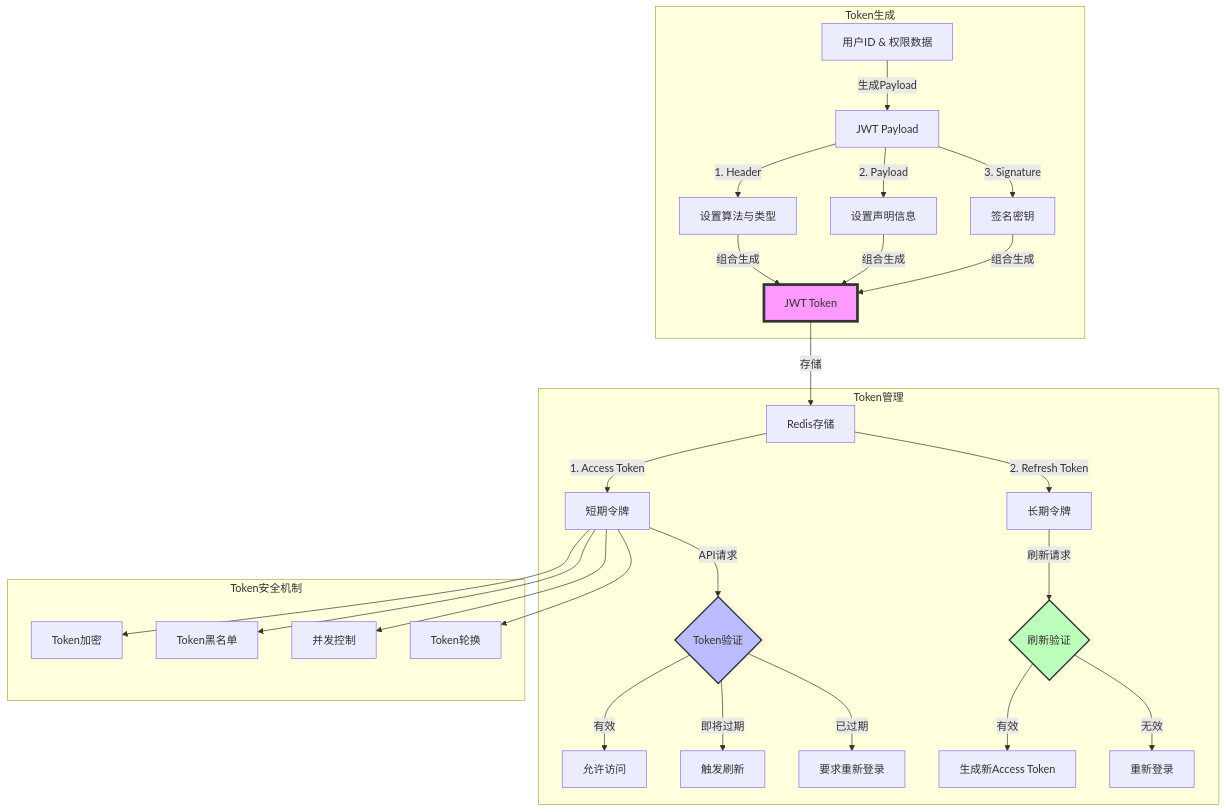
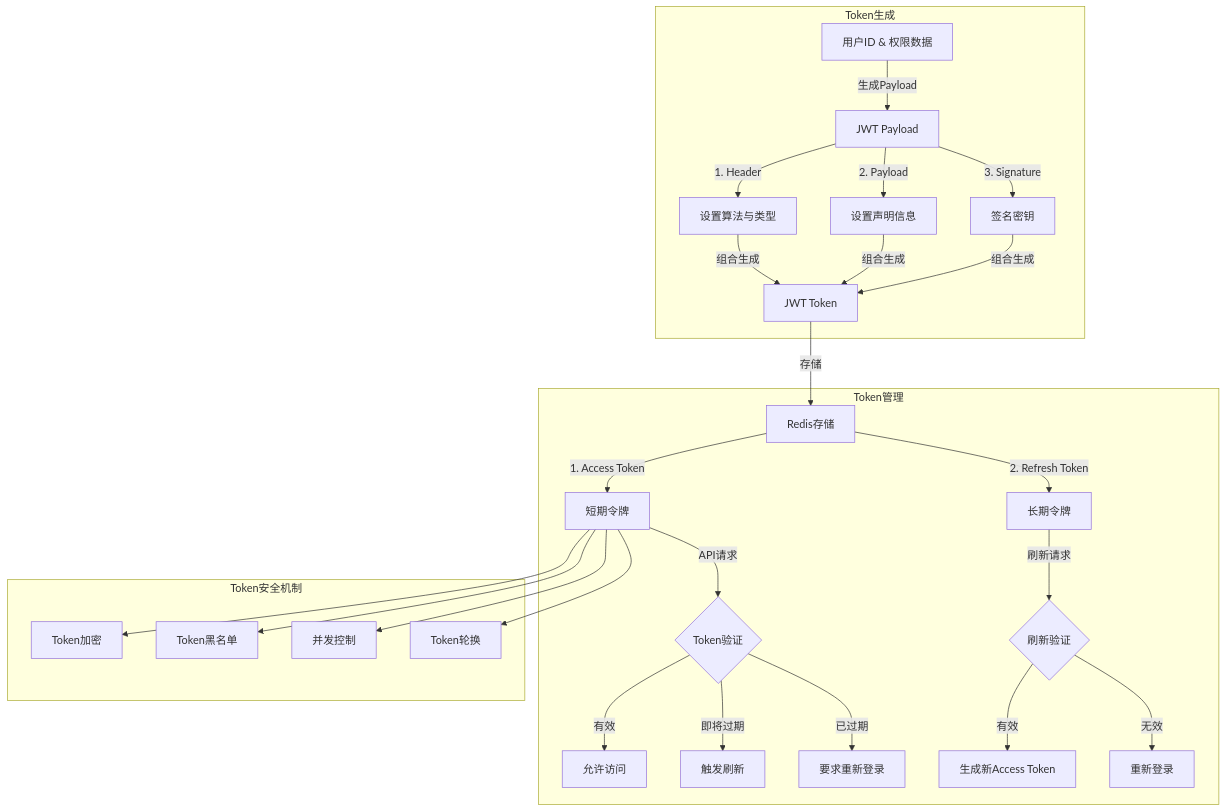
The diagram in all/未命名-10.md (yingjianzh/iodraw-files), drawn with Mermaid before and after one commit.

Commit message:
2025-01-02 10:45:10 update

````diff
--- a/all/未命名-10.md
+++ b/all/未命名-10.md
@@ -1,41 +1,39 @@
 ```mermaid
 flowchart TD
     subgraph Token生成
         A[用户ID & 权限数据] -->|生成Payload| B[JWT Payload]
         B -->|1. Header| C[设置算法与类型]
         B -->|2. Payload| D[设置声明信息]
         B -->|3. Signature| E[签名密钥]
         C & D & E -->|组合生成| F[JWT Token]
     end
 
     subgraph Token管理
         F -->|存储| G[Redis存储]
         G -->|1. Access Token| H[短期令牌]
         G -->|2. Refresh Token| I[长期令牌]
         
         H -->|API请求| J{Token验证}
         J -->|有效| K[允许访问]
         J -->|即将过期| L[触发刷新]
         J -->|已过期| M[要求重新登录]
         
         I -->|刷新请求| N{刷新验证}
         N -->|有效| O[生成新Access Token]
         N -->|无效| P[重新登录]
     end
 
     subgraph Token安全机制
         Q[Token加密]
         R[Token黑名单]
         S[并发控制]
         T[Token轮换]
         
         H --> Q
         H --> R
         H --> S
         H --> T
     end
 
-    style F fill:#f9f,stroke:#333,stroke-width:4px
-    style J fill:#bbf,stroke:#333,stroke-width:2px
-    style N fill:#bfb,stroke:#333,stroke-width:2px
+   
 ```
````
